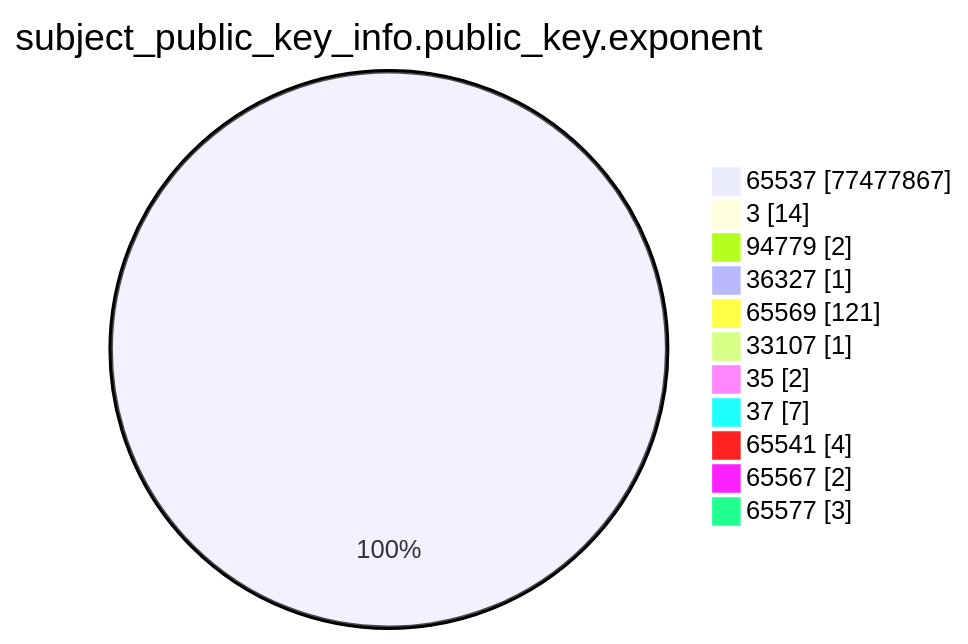
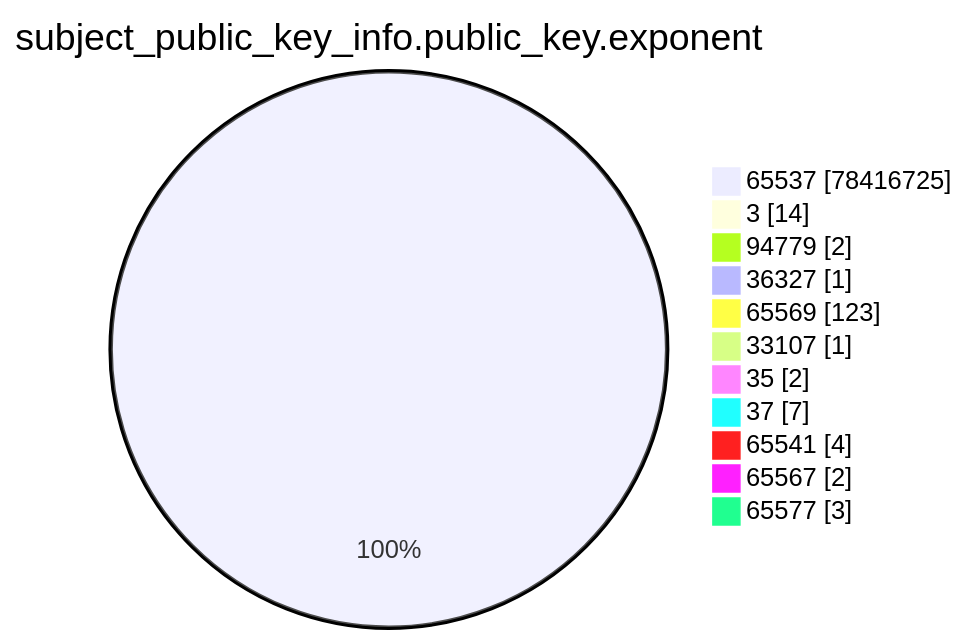
The fourth of 15 diagrams in xenon2023/README.md (christiankrug/ctmonitor_visualization), drawn with Mermaid before and after one commit. The commit also changed other lines of this file, not shown here.

````diff
--- a/xenon2023/README.md
+++ b/xenon2023/README.md
@@ -1227,15 +1231,15 @@
 ```mermaid
 pie showData
 title subject_public_key_info.public_key.exponent
-"65537" :77477867
+"65537" :78416725
 "3" :14
 "94779" :2
 "36327" :1
-"65569" :121
+"65569" :123
 "33107" :1
 "35" :2
 "37" :7
 "65541" :4
 "65567" :2
 "65577" :3
 ```
````
